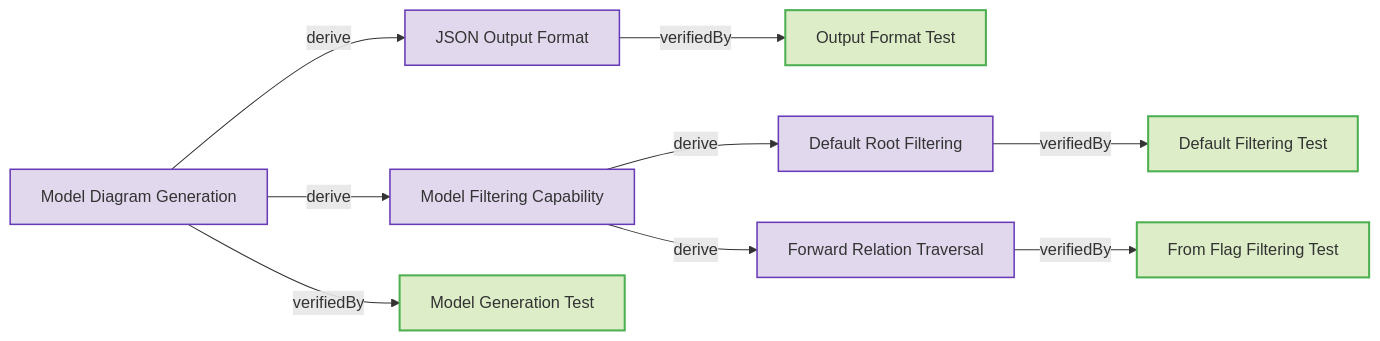
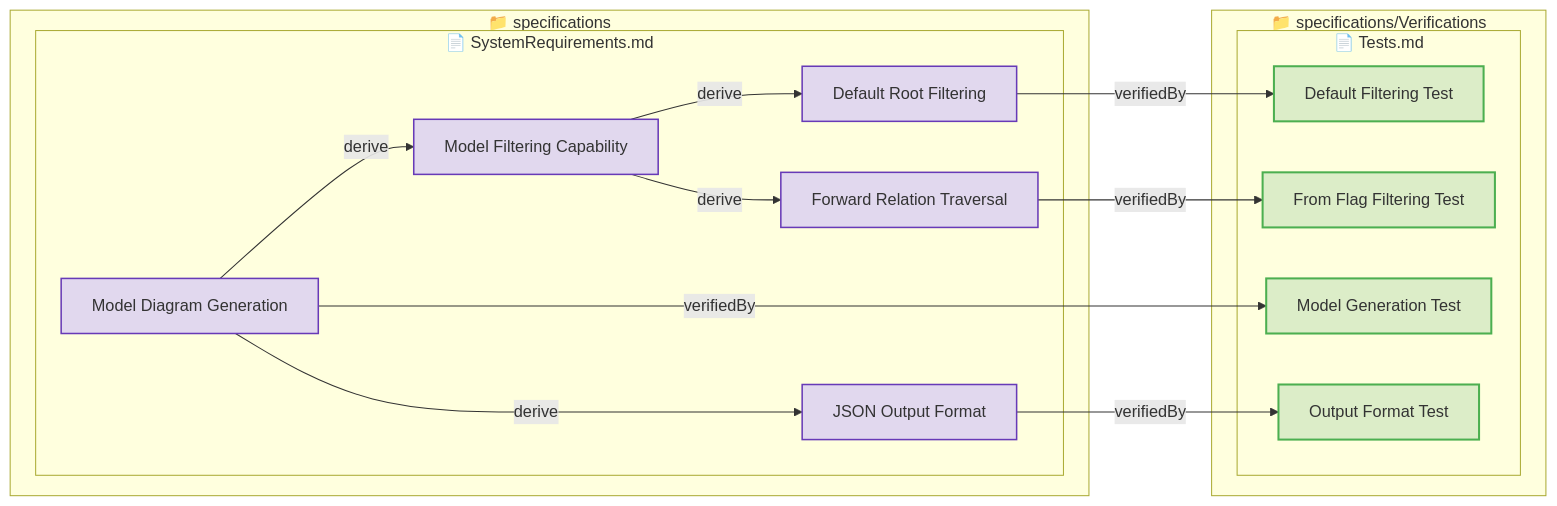
One commit to reqvire-org/reqvire changed the diagram in tests/test-model-command/expected/expected_filtered_output.md. Above: the diagram before and after it, drawn with Mermaid. The commit also changed 16 other files, not shown here.

First line of the commit message:
Add containment structure to all mermaid diagrams

````diff
--- a/tests/test-model-command/expected/expected_filtered_output.md
+++ b/tests/test-model-command/expected/expected_filtered_output.md
@@ -10,67 +10,54 @@
 ```mermaid
 graph LR
   classDef userRequirement fill:#D1C4E9,stroke:#7E57C2,stroke-width:2px;
   classDef systemRequirement fill:#E1D8EE,stroke:#673AB7,stroke-width:1.5px;
   classDef verification fill:#DCEDC8,stroke:#4CAF50,stroke-width:2px;
   classDef default fill:#F5F5F5,stroke:#424242,stroke-width:1.5px;
 
-  4f998d84bbf8f547["Model Diagram Generation"];
-  class 4f998d84bbf8f547 systemRequirement;
-  click 4f998d84bbf8f547 "specifications/SystemRequirements.md#model-diagram-generation";
-  f27d93928246808["JSON Output Format"];
-  class f27d93928246808 systemRequirement;
-  click f27d93928246808 "specifications/SystemRequirements.md#json-output-format";
+  classDef folder fill:#FAFAFA,stroke:#9E9E9E,stroke-width:3px;
+  classDef file fill:#FFF8E1,stroke:#FFCA28,stroke-width:2px;
+
+  subgraph b4c308bac4df6d65["📁 specifications"]
+    subgraph d76ffb0335b04f31["📄 SystemRequirements.md"]
+      5b114dac21ad2026["Default Root Filtering"];
+      class 5b114dac21ad2026 systemRequirement;
+      click 5b114dac21ad2026 "specifications/SystemRequirements.md#default-root-filtering";
+      46fbef5d552a5c01["Forward Relation Traversal"];
+      class 46fbef5d552a5c01 systemRequirement;
+      click 46fbef5d552a5c01 "specifications/SystemRequirements.md#forward-relation-traversal";
+      f27d93928246808["JSON Output Format"];
+      class f27d93928246808 systemRequirement;
+      click f27d93928246808 "specifications/SystemRequirements.md#json-output-format";
+      4f998d84bbf8f547["Model Diagram Generation"];
+      class 4f998d84bbf8f547 systemRequirement;
+      click 4f998d84bbf8f547 "specifications/SystemRequirements.md#model-diagram-generation";
+      1ca5a7c02ab1c5f4["Model Filtering Capability"];
+      class 1ca5a7c02ab1c5f4 systemRequirement;
+      click 1ca5a7c02ab1c5f4 "specifications/SystemRequirements.md#model-filtering-capability";
+    end
+  end
+  subgraph 186822cd467e0417["📁 specifications/Verifications"]
+    subgraph b64358bba6ee017f["📄 Tests.md"]
+      c28803f3ded267fb["Default Filtering Test"];
+      class c28803f3ded267fb verification;
+      click c28803f3ded267fb "specifications/Verifications/Tests.md#default-filtering-test";
+      15d847f8ebf34901["From Flag Filtering Test"];
+      class 15d847f8ebf34901 verification;
+      click 15d847f8ebf34901 "specifications/Verifications/Tests.md#from-flag-filtering-test";
+      e80d22d575e02537["Model Generation Test"];
+      class e80d22d575e02537 verification;
+      click e80d22d575e02537 "specifications/Verifications/Tests.md#model-generation-test";
+      8cc3b7ebaf3ea9b["Output Format Test"];
+      class 8cc3b7ebaf3ea9b verification;
+      click 8cc3b7ebaf3ea9b "specifications/Verifications/Tests.md#output-format-test";
+    end
+  end
   4f998d84bbf8f547 -->|derive| f27d93928246808;
-  f27d93928246808["JSON Output Format"];
-  class f27d93928246808 systemRequirement;
-  click f27d93928246808 "specifications/SystemRequirements.md#json-output-format";
-  8cc3b7ebaf3ea9b["Output Format Test"];
-  class 8cc3b7ebaf3ea9b verification;
-  click 8cc3b7ebaf3ea9b "specifications/Verifications/Tests.md#output-format-test";
   f27d93928246808 -->|verifiedBy| 8cc3b7ebaf3ea9b;
-  8cc3b7ebaf3ea9b["Output Format Test"];
-  class 8cc3b7ebaf3ea9b verification;
-  click 8cc3b7ebaf3ea9b "specifications/Verifications/Tests.md#output-format-test";
-  1ca5a7c02ab1c5f4["Model Filtering Capability"];
-  class 1ca5a7c02ab1c5f4 systemRequirement;
-  click 1ca5a7c02ab1c5f4 "specifications/SystemRequirements.md#model-filtering-capability";
   4f998d84bbf8f547 -->|derive| 1ca5a7c02ab1c5f4;
-  1ca5a7c02ab1c5f4["Model Filtering Capability"];
-  class 1ca5a7c02ab1c5f4 systemRequirement;
-  click 1ca5a7c02ab1c5f4 "specifications/SystemRequirements.md#model-filtering-capability";
-  5b114dac21ad2026["Default Root Filtering"];
-  class 5b114dac21ad2026 systemRequirement;
-  click 5b114dac21ad2026 "specifications/SystemRequirements.md#default-root-filtering";
   1ca5a7c02ab1c5f4 -->|derive| 5b114dac21ad2026;
-  5b114dac21ad2026["Default Root Filtering"];
-  class 5b114dac21ad2026 systemRequirement;
-  click 5b114dac21ad2026 "specifications/SystemRequirements.md#default-root-filtering";
-  c28803f3ded267fb["Default Filtering Test"];
-  class c28803f3ded267fb verification;
-  click c28803f3ded267fb "specifications/Verifications/Tests.md#default-filtering-test";
   5b114dac21ad2026 -->|verifiedBy| c28803f3ded267fb;
-  c28803f3ded267fb["Default Filtering Test"];
-  class c28803f3ded267fb verification;
-  click c28803f3ded267fb "specifications/Verifications/Tests.md#default-filtering-test";
-  46fbef5d552a5c01["Forward Relation Traversal"];
-  class 46fbef5d552a5c01 systemRequirement;
-  click 46fbef5d552a5c01 "specifications/SystemRequirements.md#forward-relation-traversal";
   1ca5a7c02ab1c5f4 -->|derive| 46fbef5d552a5c01;
-  46fbef5d552a5c01["Forward Relation Traversal"];
-  class 46fbef5d552a5c01 systemRequirement;
-  click 46fbef5d552a5c01 "specifications/SystemRequirements.md#forward-relation-traversal";
-  15d847f8ebf34901["From Flag Filtering Test"];
-  class 15d847f8ebf34901 verification;
-  click 15d847f8ebf34901 "specifications/Verifications/Tests.md#from-flag-filtering-test";
   46fbef5d552a5c01 -->|verifiedBy| 15d847f8ebf34901;
-  15d847f8ebf34901["From Flag Filtering Test"];
-  class 15d847f8ebf34901 verification;
-  click 15d847f8ebf34901 "specifications/Verifications/Tests.md#from-flag-filtering-test";
-  e80d22d575e02537["Model Generation Test"];
-  class e80d22d575e02537 verification;
-  click e80d22d575e02537 "specifications/Verifications/Tests.md#model-generation-test";
   4f998d84bbf8f547 -->|verifiedBy| e80d22d575e02537;
-  e80d22d575e02537["Model Generation Test"];
-  class e80d22d575e02537 verification;
-  click e80d22d575e02537 "specifications/Verifications/Tests.md#model-generation-test";
 ```
````
